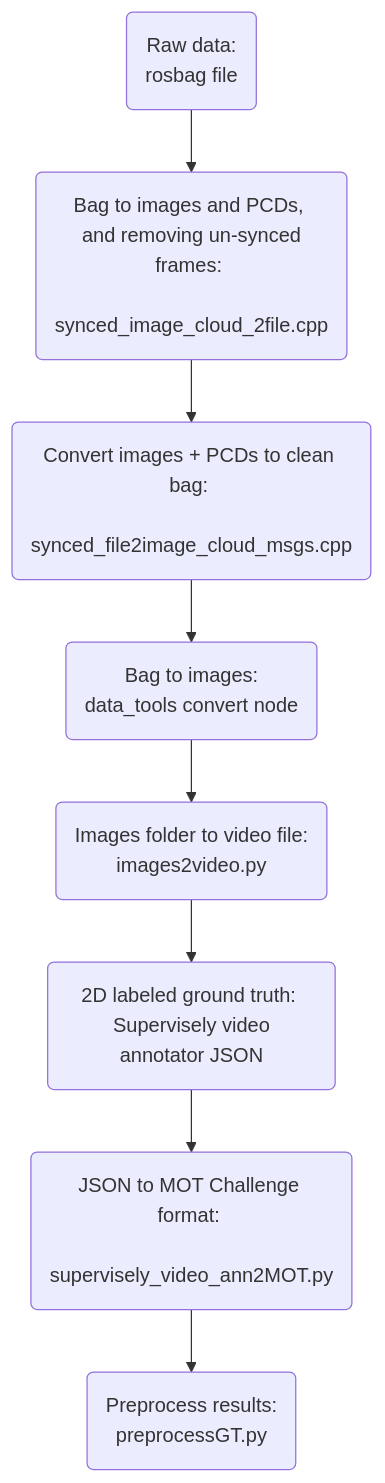
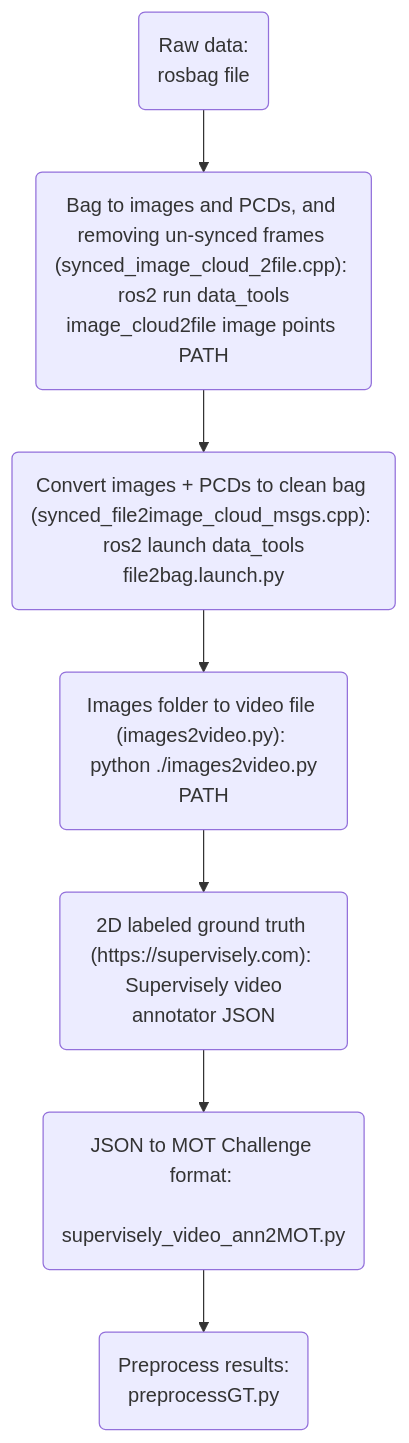
One commit to adrian-soch/cam_lidar_framework changed the first of 2 diagrams in Metrics/2D/README.md. Above: the diagram before and after it, drawn with Mermaid.

````diff
--- a/Metrics/2D/README.md
+++ b/Metrics/2D/README.md
@@ -14,10 +14,9 @@
 ```mermaid
 graph TD;
-    RawData(Raw data: \n rosbag file)-->Clean(Bag to images and PCDs, \n and removing un-synced frames: \n synced_image_cloud_2file.cpp);
-    Clean-->Bag(Convert images + PCDs to clean bag: \n synced_file2image_cloud_msgs.cpp);
-    Bag-->Trans(Bag to images: \n data_tools convert node);
-    Trans-->Video(Images folder to video file: \n images2video.py);
-    Video-->GroundTruth(2D labeled ground truth: \n Supervisely video annotator JSON);
+    RawData(Raw data: \n rosbag file)-->Clean("Bag to images and PCDs, and removing un-synced frames (synced_image_cloud_2file.cpp): \n ros2 run data_tools image_cloud2file image points PATH");
+    Clean-->Bag("Convert images + PCDs to clean bag (synced_file2image_cloud_msgs.cpp): \n ros2 launch data_tools file2bag.launch.py");
+    Bag-->Video("Images folder to video file (images2video.py): \n python ./images2video.py PATH");
+    Video-->GroundTruth("2D labeled ground truth (https://supervisely.com): \n Supervisely video annotator JSON");
     GroundTruth-->MOTChallenge(JSON to MOT Challenge format: \n supervisely_video_ann2MOT.py);
     MOTChallenge-->Processed(Preprocess results: \n preprocessGT.py);
 ```
````
